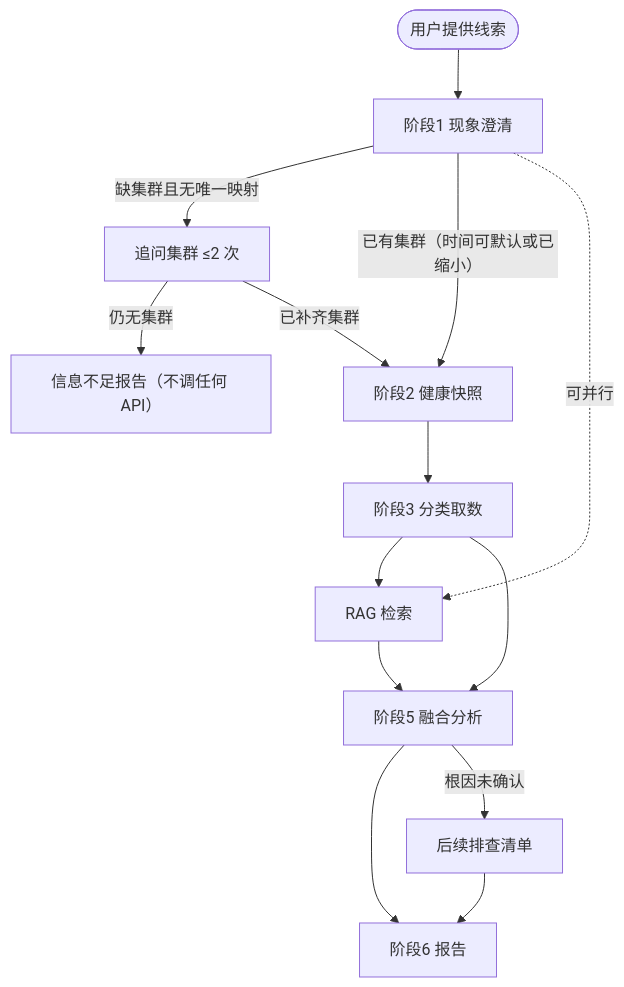
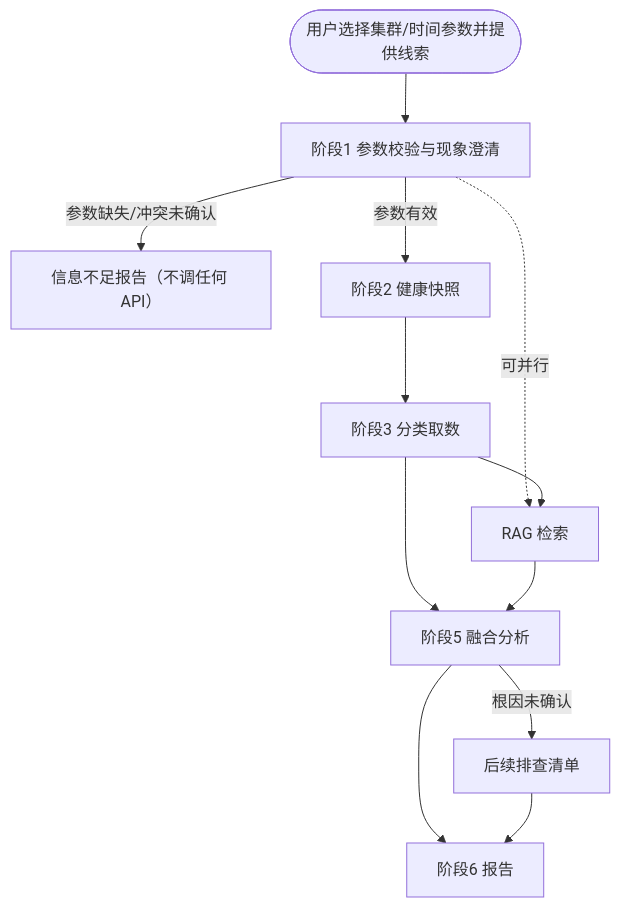
Before and after one commit to yangzhengjie/tidb-diag: the second of 2 diagrams in docs/tidb-diag-agent-requirements.md, drawn with Mermaid. The commit also changed other lines of this file and 1 other file, not shown here.

Commit message:
docs: define Dify inputs and architecture baseline

````diff
--- a/docs/tidb-diag-agent-requirements.md
+++ b/docs/tidb-diag-agent-requirements.md
@@ -178,16 +179,14 @@
 ```mermaid
 flowchart TB
-    Start(["用户提供线索"]) --> Clarify["阶段1 现象澄清"]
-    Clarify -->|缺集群且无唯一映射| Ask["追问集群 ≤2 次"]
-    Ask -->|仍无集群| Insufficient["信息不足报告（不调任何 API）"]
-    Clarify -->|已有集群（时间可默认或已缩小）| Snapshot["阶段2 健康快照"]
-    Ask -->|已补齐集群| Snapshot
+    Start(["用户选择集群/时间参数并提供线索"]) --> Clarify["阶段1 参数校验与现象澄清"]
+    Clarify -->|参数缺失/冲突未确认| Insufficient["信息不足报告（不调任何 API）"]
+    Clarify -->|参数有效| Snapshot["阶段2 健康快照"]
     Snapshot --> Classify["阶段3 分类取数"]
     Clarify -.->|可并行| RAG["RAG 检索"]
     Classify --> RAG
     Classify --> Fusion["阶段5 融合分析"]
     RAG --> Fusion
     Fusion --> Report["阶段6 报告"]
     Fusion -->|根因未确认| Next["后续排查清单"]
     Next --> Report
 ```
````
